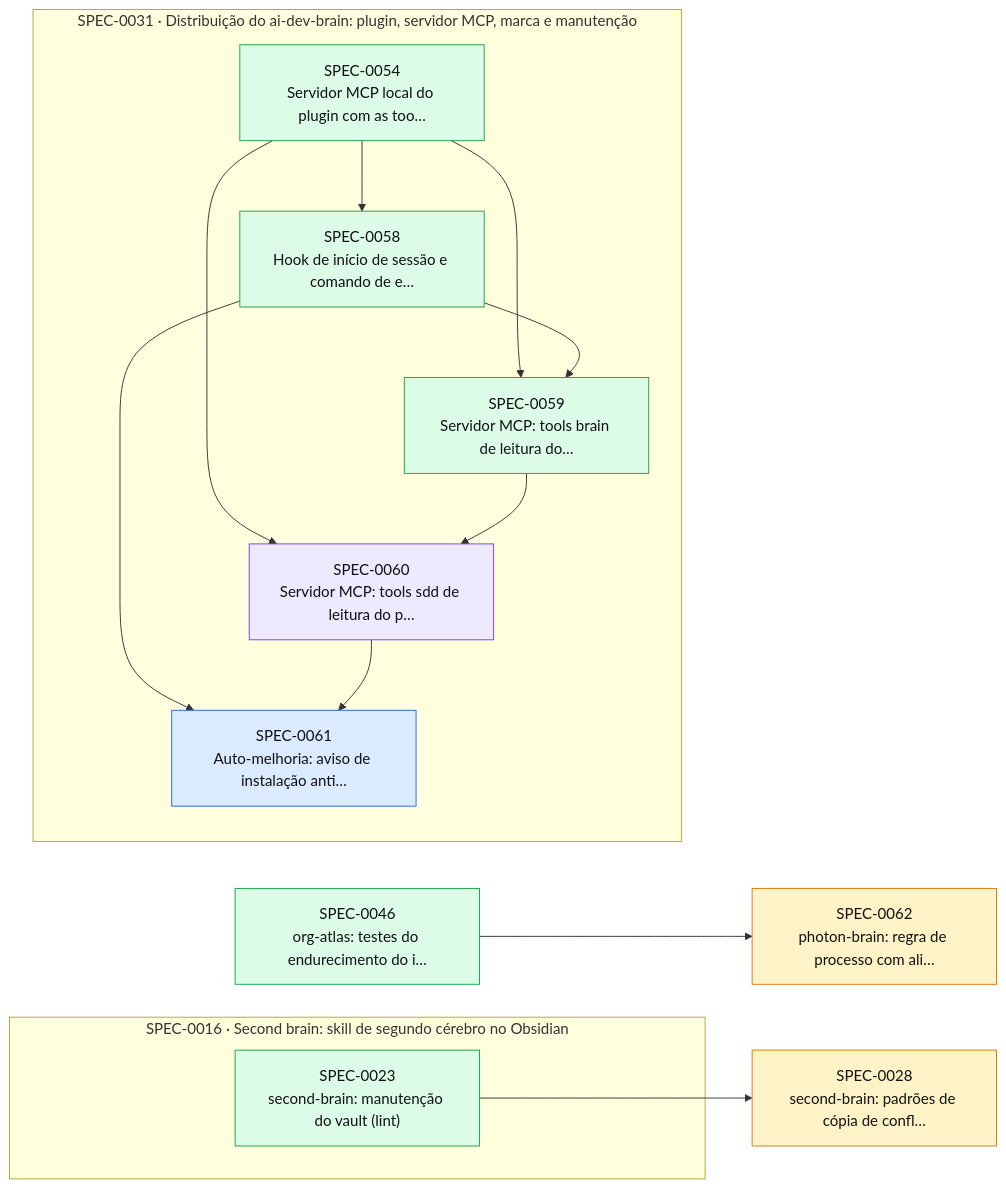
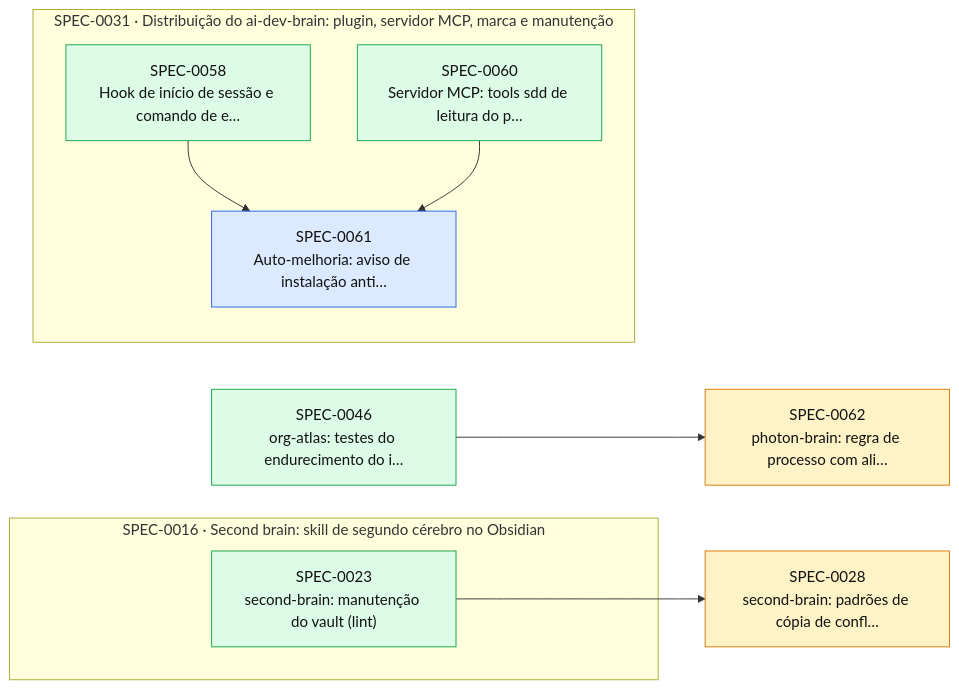
Before and after one commit to thomasravache/ai-dev-brain: the diagram in docs/specs/INDEX.md, drawn with Mermaid. The commit also changed other lines of this file and 1 other file, not shown here.

First line of the commit message:
docs(specs): G7 e fechamento da SPEC-0060

````diff
--- a/docs/specs/INDEX.md
+++ b/docs/specs/INDEX.md
@@ -51,30 +50,23 @@
 ```mermaid
 flowchart LR
   S0028["SPEC-0028<br/>second-brain: padrões de cópia de confl…"]:::proposed
   S0046["SPEC-0046<br/>org-atlas: testes do endurecimento do i…"]:::implemented
   S0062["SPEC-0062<br/>photon-brain: regra de processo com ali…"]:::proposed
   subgraph E0016["SPEC-0016 · Second brain: skill de segundo cérebro no Obsidian"]
     S0023["SPEC-0023<br/>second-brain: manutenção do vault (lint)"]:::implemented
   end
   subgraph E0031["SPEC-0031 · Distribuição do ai-dev-brain: plugin, servidor MCP, marca e manutenção"]
-    S0054["SPEC-0054<br/>Servidor MCP local do plugin com as too…"]:::implemented
     S0058["SPEC-0058<br/>Hook de início de sessão e comando de e…"]:::implemented
-    S0059["SPEC-0059<br/>Servidor MCP: tools brain de leitura do…"]:::implemented
-    S0060["SPEC-0060<br/>Servidor MCP: tools sdd de leitura do p…"]:::inprogress
+    S0060["SPEC-0060<br/>Servidor MCP: tools sdd de leitura do p…"]:::implemented
     S0061["SPEC-0061<br/>Auto-melhoria: aviso de instalação anti…"]:::approved
   end
   S0023 --> S0028
-  S0054 --> S0058
-  S0054 --> S0059
-  S0058 --> S0059
-  S0054 --> S0060
-  S0059 --> S0060
   S0058 --> S0061
   S0060 --> S0061
   S0046 --> S0062
   classDef proposed fill:#fef3c7,stroke:#d97706,color:#111
   classDef approved fill:#dbeafe,stroke:#2563eb,color:#111
   classDef inprogress fill:#ede9fe,stroke:#7c3aed,color:#111
   classDef implemented fill:#dcfce7,stroke:#16a34a,color:#111
   classDef deprecated fill:#f3f4f6,stroke:#9ca3af,color:#6b7280
 ```
````
